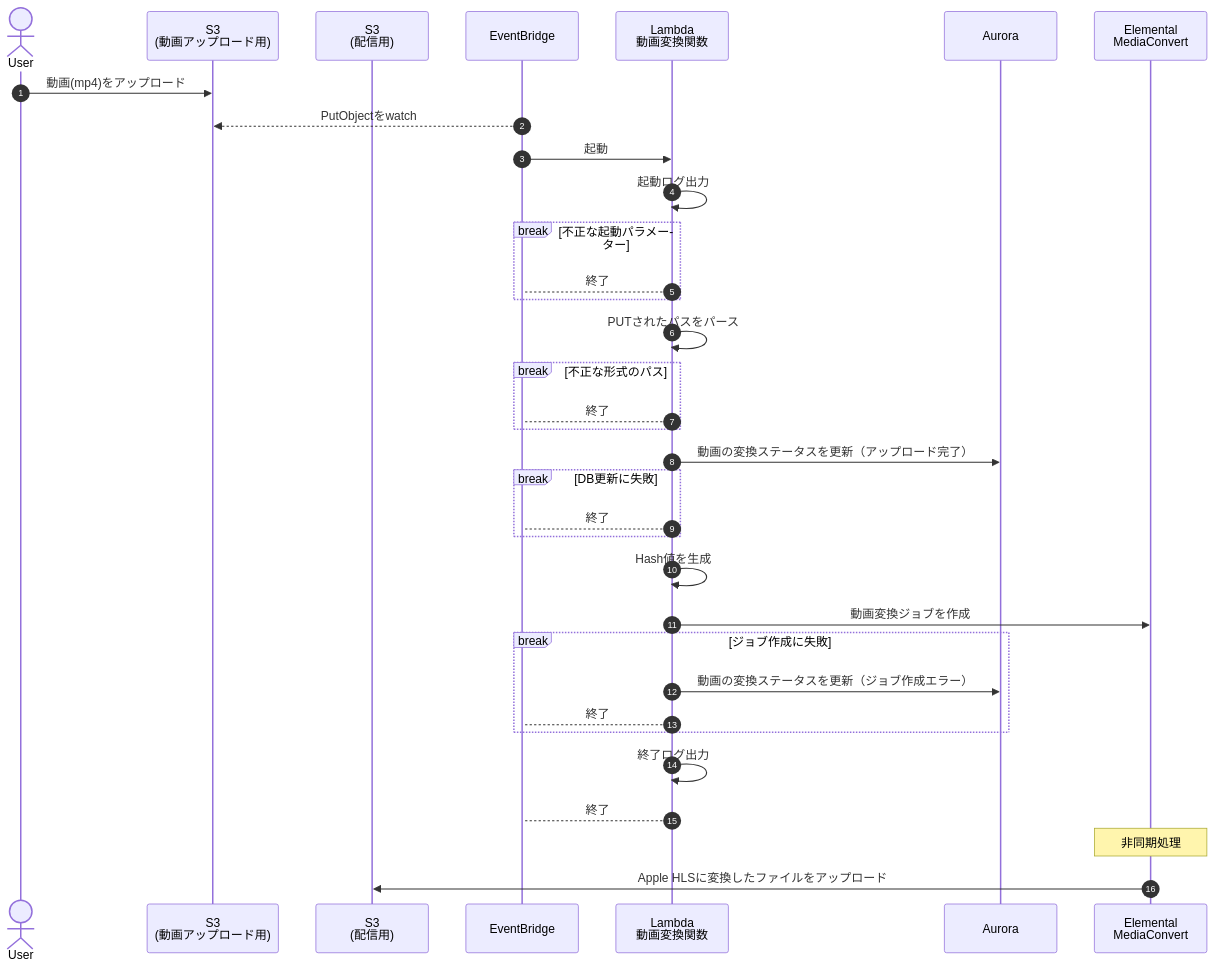
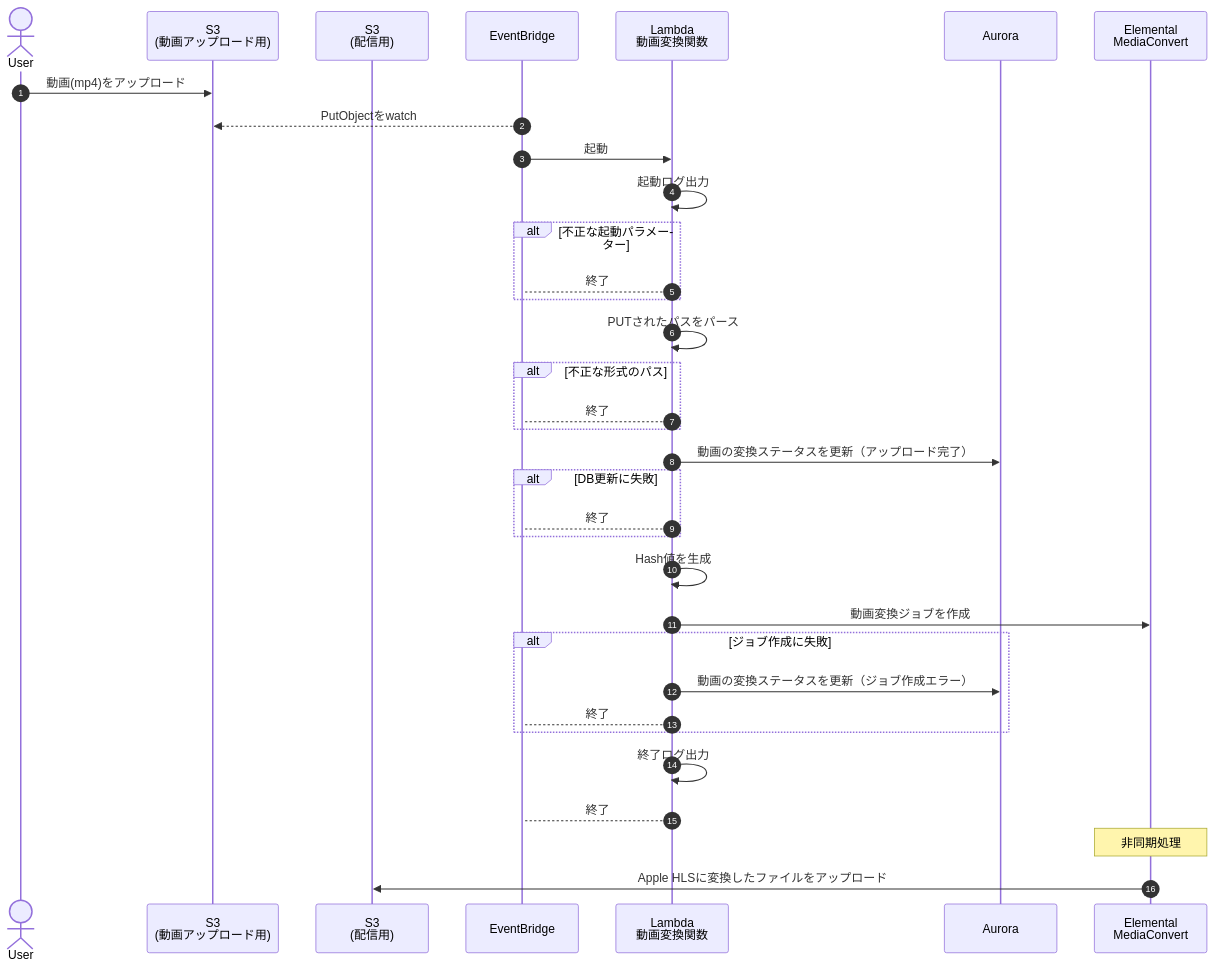
One commit to revenue-hack/dotfiles changed the diagram in docs/lambda/convert_function.md. Above: the diagram before and after it, drawn with Mermaid. The commit also changed 1 other file, not shown here.

Commit message:
break->altに変更

````diff
--- a/docs/lambda/convert_function.md
+++ b/docs/lambda/convert_function.md
@@ -3,44 +3,44 @@
 ```mermaid
 sequenceDiagram
     autonumber
     actor User as User
     participant S3_origin as S3<br>(動画アップロード用)
     participant S3_deliv as S3<br>(配信用)
     participant EB as EventBridge
     participant Lambda as Lambda<br>動画変換関数
     participant DB as Aurora
     participant MC as Elemental<br>MediaConvert
 
     User->>S3_origin: 動画(mp4)をアップロード
     EB-->>S3_origin: PutObjectをwatch
     EB->>Lambda: 起動
 
     Lambda->>Lambda: 起動ログ出力
 
-    break 不正な起動パラメーター
+    alt 不正な起動パラメーター
       Lambda-->EB: 終了
     end
 
     Lambda->>Lambda: PUTされたパスをパース
-    break 不正な形式のパス
+    alt 不正な形式のパス
       Lambda-->EB: 終了
     end
 
     Lambda->>DB: 動画の変換ステータスを更新（アップロード完了）
-    break DB更新に失敗
+    alt DB更新に失敗
       Lambda-->EB: 終了
     end
 
     Lambda->>Lambda: Hash値を生成
     Lambda->>MC: 動画変換ジョブを作成
-    break ジョブ作成に失敗
+    alt ジョブ作成に失敗
       Lambda->>DB: 動画の変換ステータスを更新（ジョブ作成エラー）
       Lambda-->EB: 終了
     end
 
     Lambda->>Lambda: 終了ログ出力
     Lambda-->EB: 終了
 
     Note over MC: 非同期処理
     MC->>S3_deliv: Apple HLSに変換したファイルをアップロード
 ```
````
